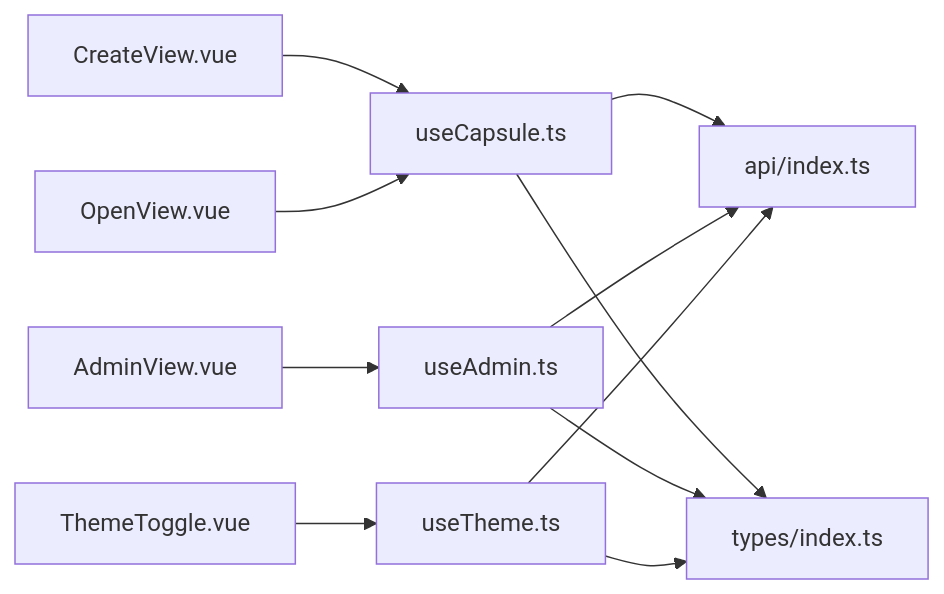
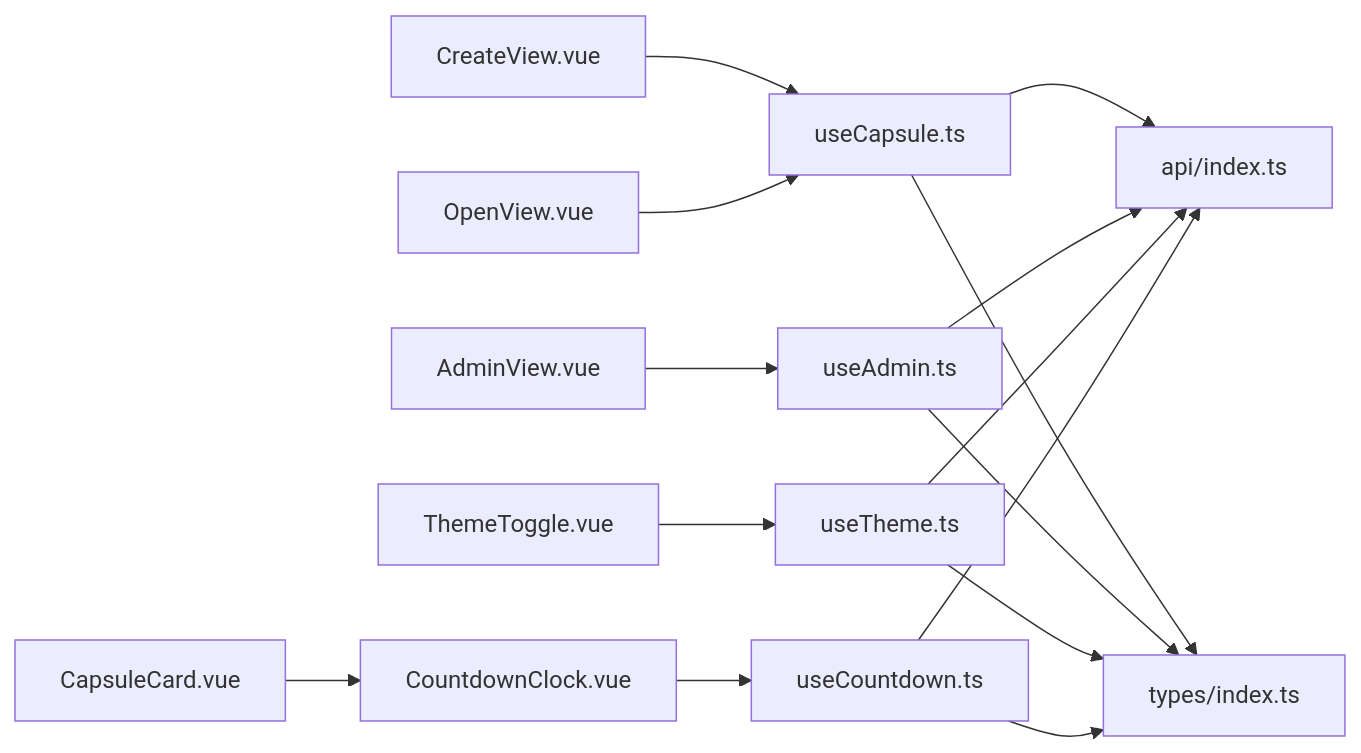
One commit to alexy2008/TimeCapsule changed the seventh of 7 diagrams in .qoder/repowiki/zh/content/前端实现详解/Vue 3 实现/Composition API 与可复用逻辑/Composition API 与可复用逻辑.md. Above: the diagram before and after it, drawn with Mermaid. The commit also changed other lines of this file and 22 other files, not shown here.

````diff
--- a/.qoder/repowiki/zh/content/前端实现详解/Vue 3 实现/Composition API 与可复用逻辑/Composition API 与可复用逻辑.md
+++ b/.qoder/repowiki/zh/content/前端实现详解/Vue 3 实现/Composition API 与可复用逻辑/Composition API 与可复用逻辑.md
@@ -255,13 +316,17 @@
 ```mermaid
 graph LR
 V1["CreateView.vue"] --> U1["useCapsule.ts"]
 V2["OpenView.vue"] --> U1
 V3["AdminView.vue"] --> U2["useAdmin.ts"]
 V4["ThemeToggle.vue"] --> U3["useTheme.ts"]
+V5["CountdownClock.vue"] --> U4["useCountdown.ts"]
+V6["CapsuleCard.vue"] --> V5
 U1 --> A["api/index.ts"]
 U2 --> A
 U3 --> A
+U4 --> A
 U1 --> T["types/index.ts"]
 U2 --> T
 U3 --> T
+U4 --> T
 ```
````
